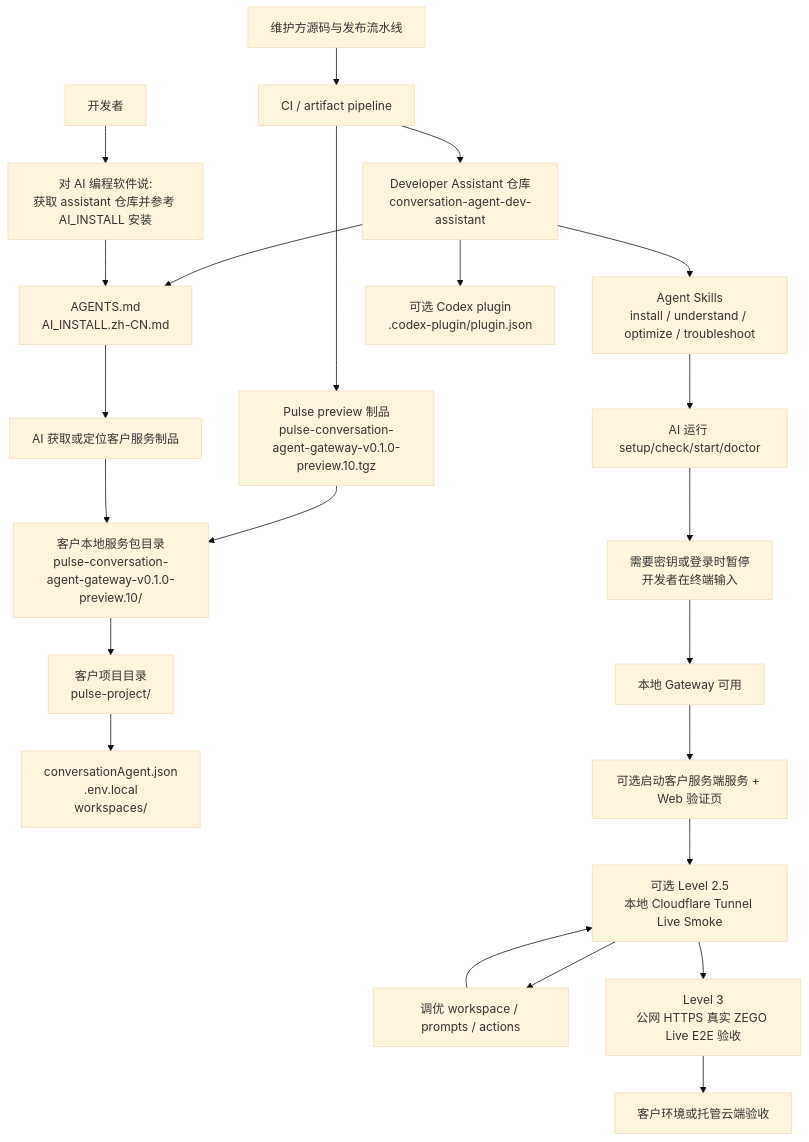
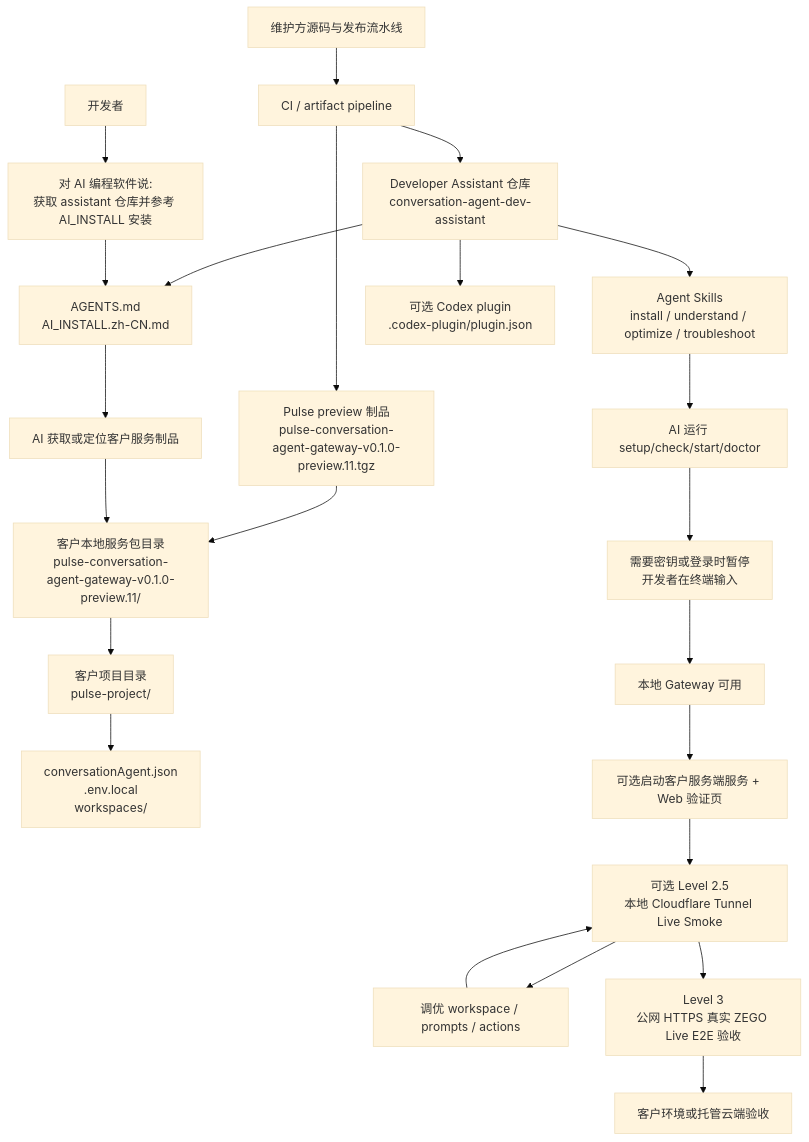
Before and after one commit to ZEGOCLOUD/conversation-agent-dev-assistant: the diagram in README.zh-CN.md, drawn with Mermaid (base theme). The commit also changed other lines of this file and 3 other files, not shown here.

````diff
--- a/README.zh-CN.md
+++ b/README.zh-CN.md
@@ -16,28 +16,28 @@
 ```mermaid
 flowchart TD
   A["维护方源码与发布流水线"] --> B["CI / artifact pipeline"]
-  B --> C["Pulse preview 制品<br/>pulse-conversation-agent-gateway-v0.1.0-preview.10.tgz"]
+  B --> C["Pulse preview 制品<br/>pulse-conversation-agent-gateway-v0.1.0-preview.11.tgz"]
   B --> D["Developer Assistant 仓库<br/>conversation-agent-dev-assistant"]
 
-  C --> E["客户本地服务包目录<br/>pulse-conversation-agent-gateway-v0.1.0-preview.10/"]
+  C --> E["客户本地服务包目录<br/>pulse-conversation-agent-gateway-v0.1.0-preview.11/"]
   E --> F["客户项目目录<br/>pulse-project/"]
   F --> G["conversationAgent.json<br/>.env.local<br/>workspaces/"]
 
   D --> H["AGENTS.md<br/>AI_INSTALL.zh-CN.md"]
   D --> I["Agent Skills<br/>install / understand / optimize / troubleshoot"]
   D --> J["可选 Codex plugin<br/>.codex-plugin/plugin.json"]
 
   K["开发者"] --> L["对 AI 编程软件说:<br/>获取 assistant 仓库并参考 AI_INSTALL 安装"]
   L --> H
   H --> M["AI 获取或定位客户服务制品"]
   M --> E
   I --> N["AI 运行 setup/check/start/doctor"]
   N --> O["需要密钥或登录时暂停<br/>开发者在终端输入"]
   O --> P["本地 Gateway 可用"]
   P --> Q["可选启动客户服务端服务 + Web 验证页"]
   Q --> R["可选 Level 2.5<br/>本地 Cloudflare Tunnel Live Smoke"]
   R --> S["调优 workspace / prompts / actions"]
   S --> R
   R --> T["Level 3<br/>公网 HTTPS 真实 ZEGO Live E2E 验收"]
   T --> U["客户环境或托管云端验收"]
 ```
````
